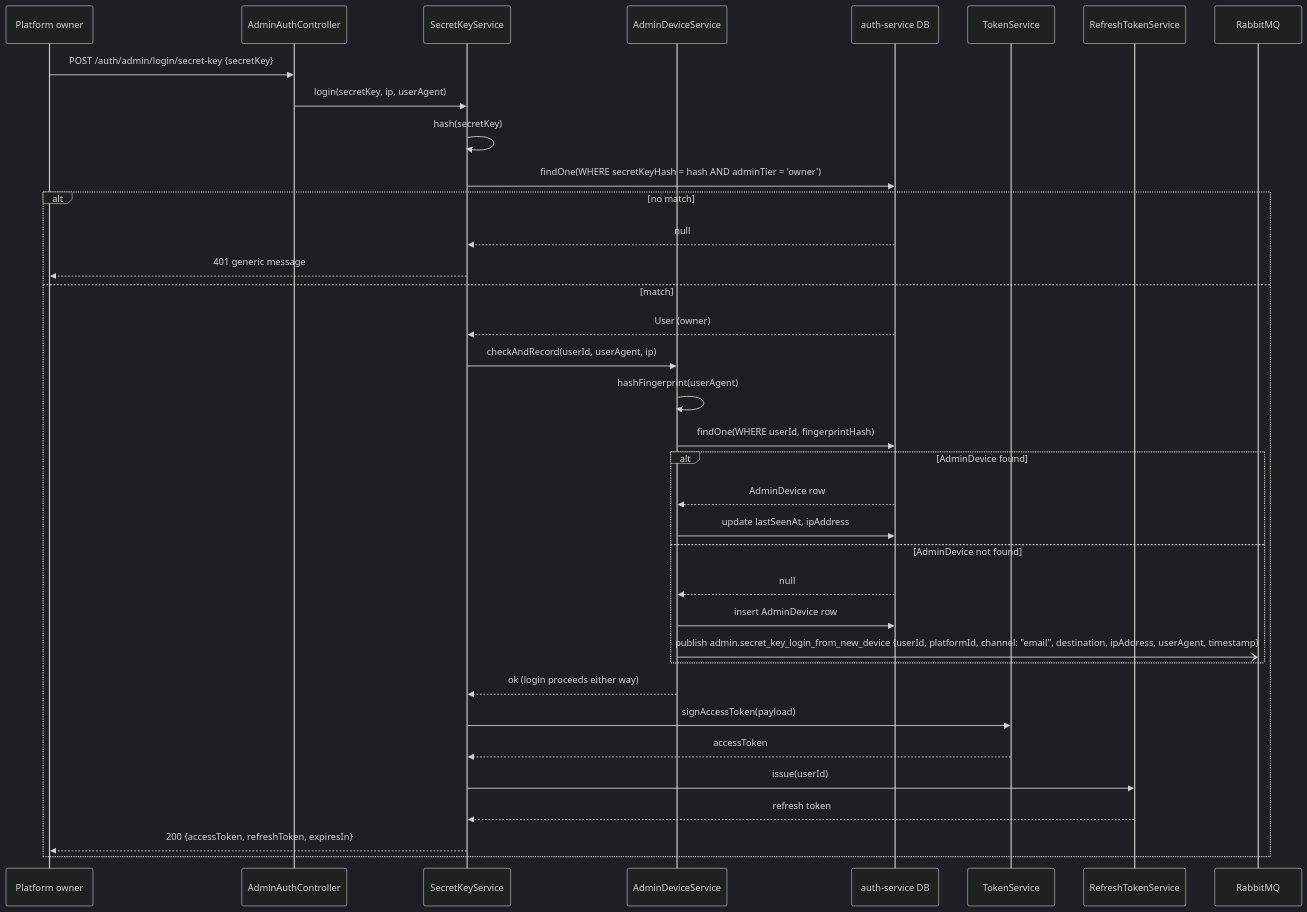
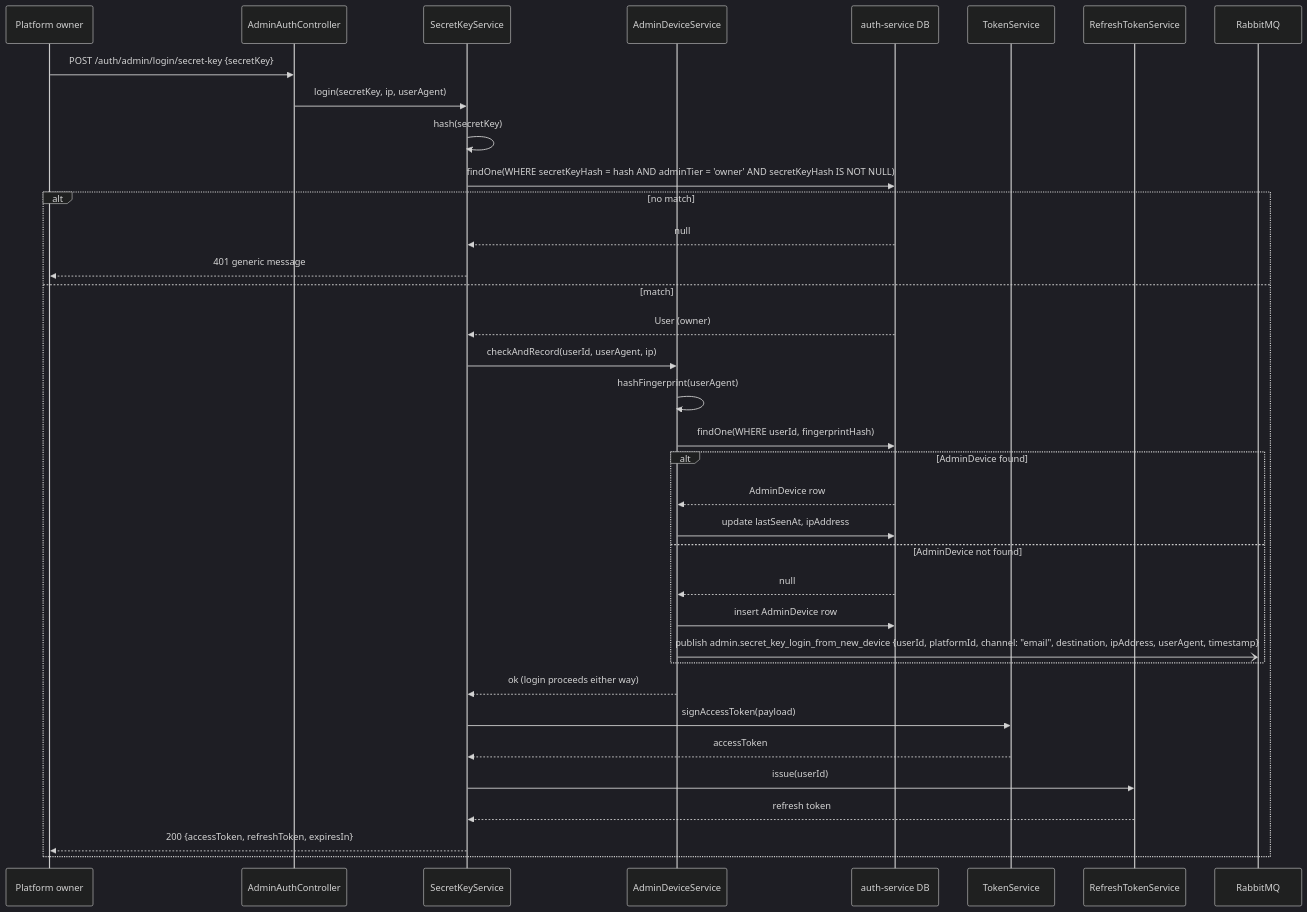
The tenth of 17 diagrams in docs/sdd/auth-service.md (nawara-solutions/nawara-core), drawn with Mermaid (dark theme) before and after one commit. The commit also changed other lines of this file and 6 other files, not shown here.

First line of the commit message:
docs(auth-service): add owner-bootstrap ADR and fix admin design gaps

````diff
--- a/docs/sdd/auth-service.md
+++ b/docs/sdd/auth-service.md
@@ -1270,39 +1319,39 @@
 ```mermaid
 sequenceDiagram
     participant Owner as Platform owner
     participant AAC as AdminAuthController
     participant SKS as SecretKeyService
     participant ADS as AdminDeviceService
     participant DB as auth-service DB
     participant TS as TokenService
     participant RTS as RefreshTokenService
     participant Broker as RabbitMQ
 
     Owner->>AAC: POST /auth/admin/login/secret-key {secretKey}
     AAC->>SKS: login(secretKey, ip, userAgent)
     SKS->>SKS: hash(secretKey)
-    SKS->>DB: findOne(WHERE secretKeyHash = hash AND adminTier = 'owner')
+    SKS->>DB: findOne(WHERE secretKeyHash = hash AND adminTier = 'owner' AND secretKeyHash IS NOT NULL)
     alt no match
         DB-->>SKS: null
         SKS-->>Owner: 401 generic message
     else match
         DB-->>SKS: User (owner)
         SKS->>ADS: checkAndRecord(userId, userAgent, ip)
         ADS->>ADS: hashFingerprint(userAgent)
         ADS->>DB: findOne(WHERE userId, fingerprintHash)
         alt AdminDevice found
             DB-->>ADS: AdminDevice row
             ADS->>DB: update lastSeenAt, ipAddress
         else AdminDevice not found
             DB-->>ADS: null
             ADS->>DB: insert AdminDevice row
             ADS-)Broker: publish admin.secret_key_login_from_new_device {userId, platformId, channel: "email", destination, ipAddress, userAgent, timestamp}
         end
         ADS-->>SKS: ok (login proceeds either way)
         SKS->>TS: signAccessToken(payload)
         TS-->>SKS: accessToken
         SKS->>RTS: issue(userId)
         RTS-->>SKS: refresh token
         SKS-->>Owner: 200 {accessToken, refreshToken, expiresIn}
     end
 ```
````
